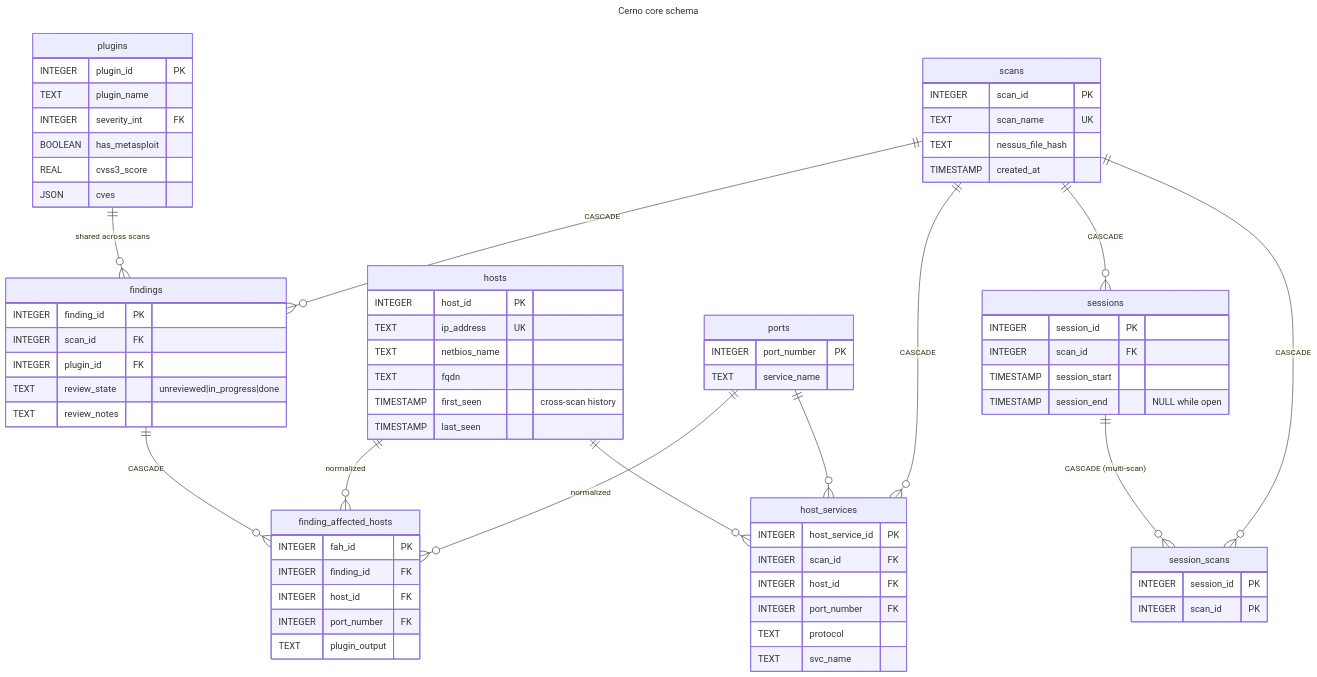
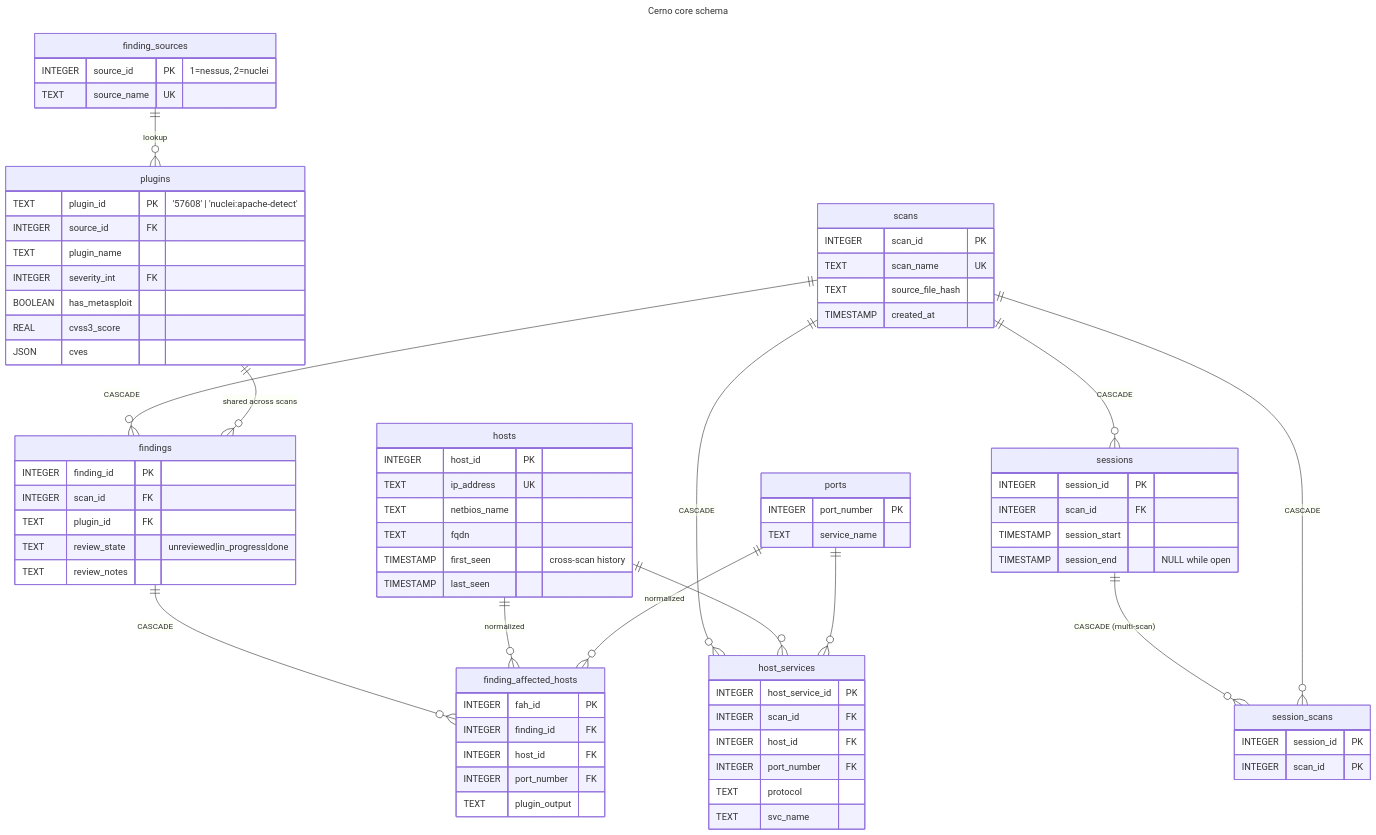
The diagram in docs/diagrams/03-er-core.mmd (ridgebackinfosec/cerno), drawn with Mermaid before and after one commit. The commit also changed 73 other files, not shown here.

First line of the commit message:
feat!: add cerno import nuclei as a second import source (3.0.0)

```diff
--- a/docs/diagrams/03-er-core.mmd
+++ b/docs/diagrams/03-er-core.mmd
@@ -1,74 +1,80 @@
 ---
 title: Cerno core schema
 ---
 erDiagram
     scans {
         INTEGER scan_id PK
         TEXT scan_name UK
-        TEXT nessus_file_hash
+        TEXT source_file_hash
         TIMESTAMP created_at
     }
+    finding_sources {
+        INTEGER source_id PK "1=nessus, 2=nuclei"
+        TEXT source_name UK
+    }
     plugins {
-        INTEGER plugin_id PK
+        TEXT plugin_id PK "'57608' | 'nuclei:apache-detect'"
+        INTEGER source_id FK
         TEXT plugin_name
         INTEGER severity_int FK
         BOOLEAN has_metasploit
         REAL cvss3_score
         JSON cves
     }
     findings {
         INTEGER finding_id PK
         INTEGER scan_id FK
-        INTEGER plugin_id FK
+        TEXT plugin_id FK
         TEXT review_state "unreviewed|in_progress|done"
         TEXT review_notes
     }
     finding_affected_hosts {
         INTEGER fah_id PK
         INTEGER finding_id FK
         INTEGER host_id FK
         INTEGER port_number FK
         TEXT plugin_output
     }
     hosts {
         INTEGER host_id PK
         TEXT ip_address UK
         TEXT netbios_name
         TEXT fqdn
         TIMESTAMP first_seen "cross-scan history"
         TIMESTAMP last_seen
     }
     ports {
         INTEGER port_number PK
         TEXT service_name
     }
     host_services {
         INTEGER host_service_id PK
         INTEGER scan_id FK
         INTEGER host_id FK
         INTEGER port_number FK
         TEXT protocol
         TEXT svc_name
     }
     sessions {
         INTEGER session_id PK
         INTEGER scan_id FK
         TIMESTAMP session_start
         TIMESTAMP session_end "NULL while open"
     }
     session_scans {
         INTEGER session_id PK
         INTEGER scan_id PK
     }
 
     scans   ||--o{ findings               : "CASCADE"
     plugins ||--o{ findings               : "shared across scans"
+    finding_sources ||--o{ plugins        : "lookup"
     findings ||--o{ finding_affected_hosts : "CASCADE"
     hosts   ||--o{ finding_affected_hosts : "normalized"
     ports   ||--o{ finding_affected_hosts : "normalized"
     scans   ||--o{ host_services          : "CASCADE"
     hosts   ||--o{ host_services          : ""
     ports   ||--o{ host_services          : ""
     scans   ||--o{ sessions               : "CASCADE"
     sessions ||--o{ session_scans         : "CASCADE (multi-scan)"
     scans   ||--o{ session_scans          : "CASCADE"
```
